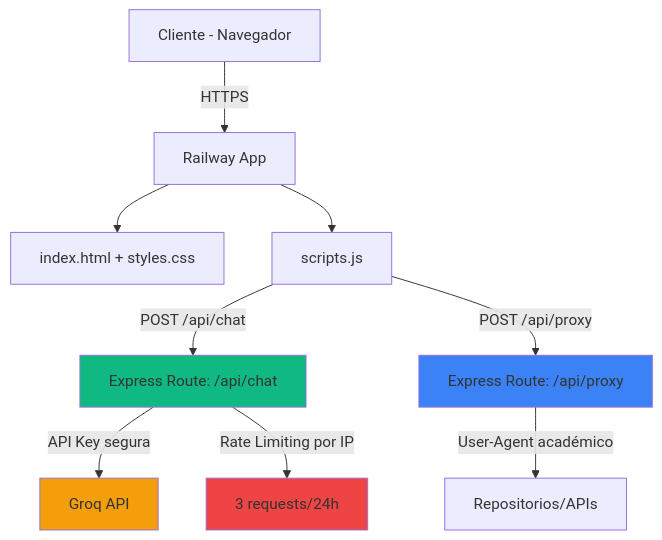
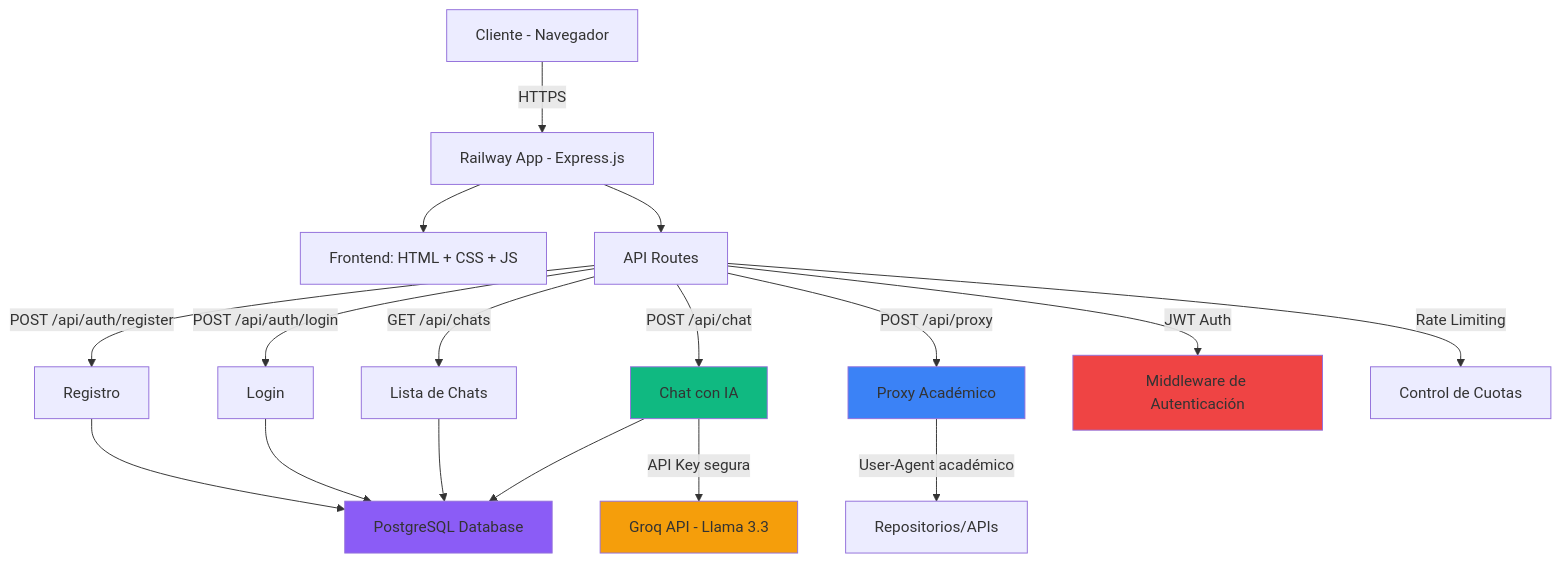
The diagram in README.md (AlexGzHo/neotesis), drawn with Mermaid before and after one commit. The commit also changed other lines of this file and 19 other files, not shown here.

Commit message:
refactor: Migrate frontend styling to Tailwind CSS, introduce chat features and security middleware, and reorganize project documentation.

````diff
--- a/README.md
+++ b/README.md
@@ -22,16 +40,29 @@
 ```mermaid
 graph TB
-    A[Cliente - Navegador] -->|HTTPS| B[Railway App]
-    B --> C[index.html + styles.css]
-    B --> D[scripts.js]
-    D -->|POST /api/chat| E[Express Route: /api/chat]
-    D -->|POST /api/proxy| F[Express Route: /api/proxy]
-    E -->|API Key segura| G[Groq API]
-    F -->|User-Agent académico| H[Repositorios/APIs]
-    E -->|Rate Limiting por IP| I[3 requests/24h]
+    A[Cliente - Navegador] -->|HTTPS| B[Railway App - Express.js]
+    B --> C[Frontend: HTML + CSS + JS]
+    B --> D[API Routes]
+    
+    D -->|POST /api/auth/register| E1[Registro]
+    D -->|POST /api/auth/login| E2[Login]
+    D -->|GET /api/chats| E3[Lista de Chats]
+    D -->|POST /api/chat| E4[Chat con IA]
+    D -->|POST /api/proxy| E5[Proxy Académico]
+    
+    E1 --> F[PostgreSQL Database]
+    E2 --> F
+    E3 --> F
+    E4 --> F
+    
+    E4 -->|API Key segura| G[Groq API - Llama 3.3]
+    E5 -->|User-Agent académico| H[Repositorios/APIs]
+    
+    D -->|JWT Auth| I[Middleware de Autenticación]
+    D -->|Rate Limiting| J[Control de Cuotas]
 
-    style E fill:#10b981
-    style F fill:#3b82f6
+    style E4 fill:#10b981
+    style E5 fill:#3b82f6
     style G fill:#f59e0b
+    style F fill:#8b5cf6
     style I fill:#ef4444
 ```
````
